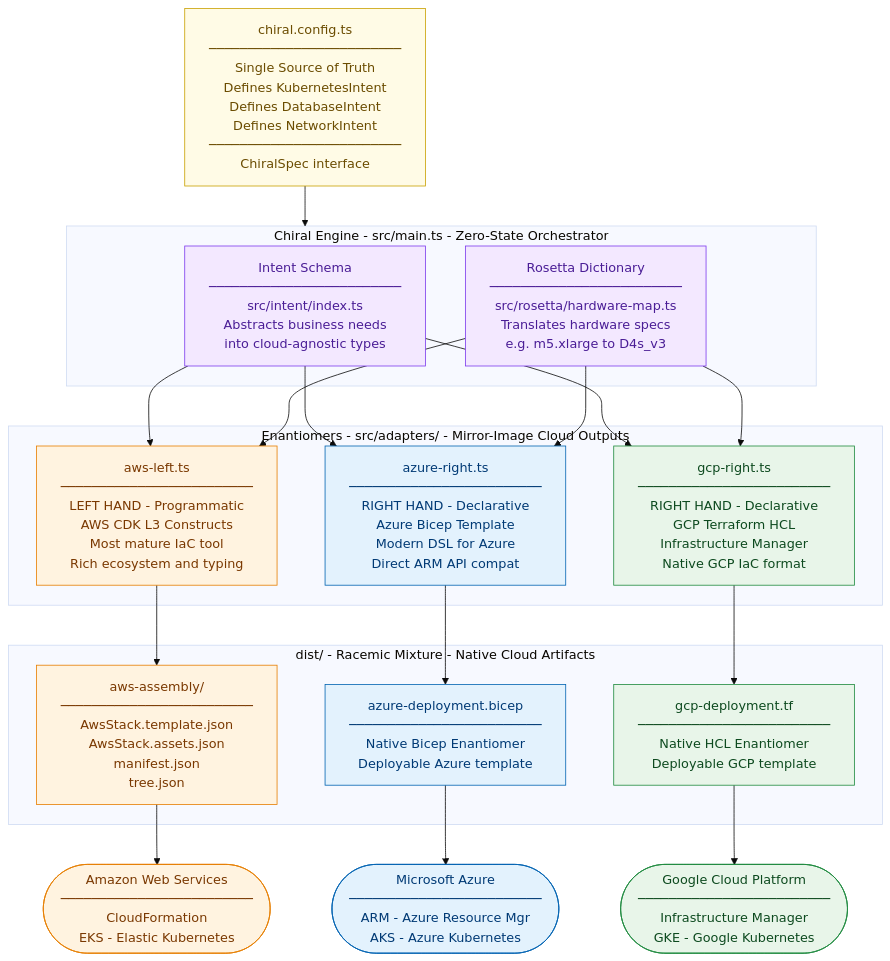
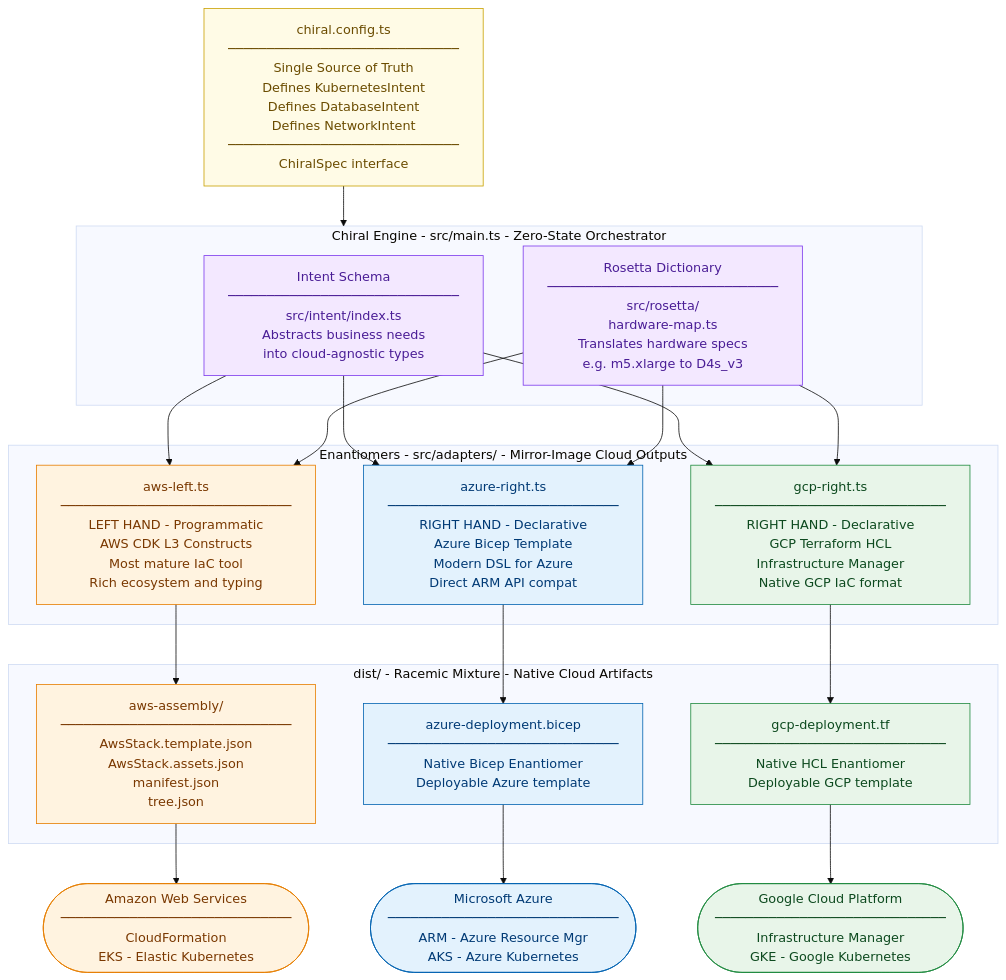
One commit to lloydchang/chiral-infrastructure-as-code changed the diagram in README.md. Above: the diagram before and after it, drawn with Mermaid (base theme).

Commit message:
docs: Fix formatting in README.md for clarity

````diff
--- a/README.md
+++ b/README.md
@@ -240,45 +240,45 @@
 ```mermaid
 flowchart TD
     classDef config  fill:#fffbe6,stroke:#c9a000,color:#6b4c00
     classDef engine  fill:#f3e8ff,stroke:#7c3aed,color:#4a1d96
     classDef awsNode fill:#fff3e0,stroke:#e67e00,color:#7a3800
     classDef azNode  fill:#e3f2fd,stroke:#0063b1,color:#003a75
     classDef gcpNode fill:#e8f5e9,stroke:#1e8a3e,color:#0d4a1f
 
-    CONFIG[chiral.config.ts<br/>─────────────────────────<br/>Single Source of Truth<br/>Defines KubernetesIntent<br/>Defines DatabaseIntent<br/>Defines NetworkIntent<br/>─────────────────────────<br/>ChiralSpec interface]:::config
+    CONFIG[chiral.config.ts<br/>──────────────────────────────<br/>Single Source of Truth<br/>Defines KubernetesIntent<br/>Defines DatabaseIntent<br/>Defines NetworkIntent<br/>──────────────────────────────<br/>ChiralSpec interface]:::config
 
     subgraph ENGINE[Chiral Engine  -  src/main.ts  -  Zero-State Orchestrator]
-        INTENT[Intent Schema<br/>─────────────────────────<br/>src/intent/index.ts<br/>Abstracts business needs<br/>into cloud-agnostic types]:::engine
-        ROSETTA[Rosetta Dictionary<br/>─────────────────────────<br/>src/rosetta/hardware-map.ts<br/>Translates hardware specs<br/>e.g. m5.xlarge to D4s_v3]:::engine
+        INTENT[Intent Schema<br/>──────────────────────────────<br/>src/intent/index.ts<br/>Abstracts business needs<br/>into cloud-agnostic types]:::engine
+        ROSETTA[Rosetta Dictionary<br/>──────────────────────────────<br/>src/rosetta/<br/>hardware-map.ts<br/>Translates hardware specs<br/>e.g. m5.xlarge to D4s_v3]:::engine
     end
 
     subgraph ADAPTERS[Enantiomers  -  src/adapters/  -  Mirror-Image Cloud Outputs]
-        AWS_A[aws-left.ts<br/>─────────────────────────<br/>LEFT HAND - Programmatic<br/>AWS CDK L3 Constructs<br/>Most mature IaC tool<br/>Rich ecosystem and typing]:::awsNode
-        AZURE_A[azure-right.ts<br/>─────────────────────────<br/>RIGHT HAND - Declarative<br/>Azure Bicep Template<br/>Modern DSL for Azure<br/>Direct ARM API compat]:::azNode
-        GCP_A[gcp-right.ts<br/>─────────────────────────<br/>RIGHT HAND - Declarative<br/>GCP Terraform HCL<br/>Infrastructure Manager<br/>Native GCP IaC format]:::gcpNode
+        AWS_A[aws-left.ts<br/>──────────────────────────────<br/>LEFT HAND - Programmatic<br/>AWS CDK L3 Constructs<br/>Most mature IaC tool<br/>Rich ecosystem and typing]:::awsNode
+        AZURE_A[azure-right.ts<br/>──────────────────────────────<br/>RIGHT HAND - Declarative<br/>Azure Bicep Template<br/>Modern DSL for Azure<br/>Direct ARM API compat]:::azNode
+        GCP_A[gcp-right.ts<br/>──────────────────────────────<br/>RIGHT HAND - Declarative<br/>GCP Terraform HCL<br/>Infrastructure Manager<br/>Native GCP IaC format]:::gcpNode
     end
 
     subgraph DIST[dist/  -  Racemic Mixture  -  Native Cloud Artifacts]
-        AWS_D[aws-assembly/<br/>─────────────────────────<br/>AwsStack.template.json<br/>AwsStack.assets.json<br/>manifest.json<br/>tree.json]:::awsNode
-        AZURE_D[azure-deployment.bicep<br/>─────────────────────────<br/>Native Bicep Enantiomer<br/>Deployable Azure template]:::azNode
-        GCP_D[gcp-deployment.tf<br/>─────────────────────────<br/>Native HCL Enantiomer<br/>Deployable GCP template]:::gcpNode
+        AWS_D[aws-assembly/<br/>──────────────────────────────<br/>AwsStack.template.json<br/>AwsStack.assets.json<br/>manifest.json<br/>tree.json]:::awsNode
+        AZURE_D[azure-deployment.bicep<br/>──────────────────────────────<br/>Native Bicep Enantiomer<br/>Deployable Azure template]:::azNode
+        GCP_D[gcp-deployment.tf<br/>──────────────────────────────<br/>Native HCL Enantiomer<br/>Deployable GCP template]:::gcpNode
     end
 
-    AWS_C([Amazon Web Services<br/>─────────────────────────<br/>CloudFormation<br/>EKS - Elastic Kubernetes]):::awsNode
-    AZURE_C([Microsoft Azure<br/>─────────────────────────<br/>ARM - Azure Resource Mgr<br/>AKS - Azure Kubernetes]):::azNode
-    GCP_C([Google Cloud Platform<br/>─────────────────────────<br/>Infrastructure Manager<br/>GKE - Google Kubernetes]):::gcpNode
+    AWS_C([Amazon Web Services<br/>──────────────────────────────<br/>CloudFormation<br/>EKS - Elastic Kubernetes]):::awsNode
+    AZURE_C([Microsoft Azure<br/>──────────────────────────────<br/>ARM - Azure Resource Mgr<br/>AKS - Azure Kubernetes]):::azNode
+    GCP_C([Google Cloud Platform<br/>──────────────────────────────<br/>Infrastructure Manager<br/>GKE - Google Kubernetes]):::gcpNode
 
     CONFIG --> ENGINE
     INTENT --> AWS_A
     INTENT --> AZURE_A
     INTENT --> GCP_A
     ROSETTA --> AWS_A
     ROSETTA --> AZURE_A
     ROSETTA --> GCP_A
     AWS_A --> AWS_D
     AZURE_A --> AZURE_D
     GCP_A --> GCP_D
     AWS_D --> AWS_C
     AZURE_D --> AZURE_C
     GCP_D --> GCP_C
 ```
````
